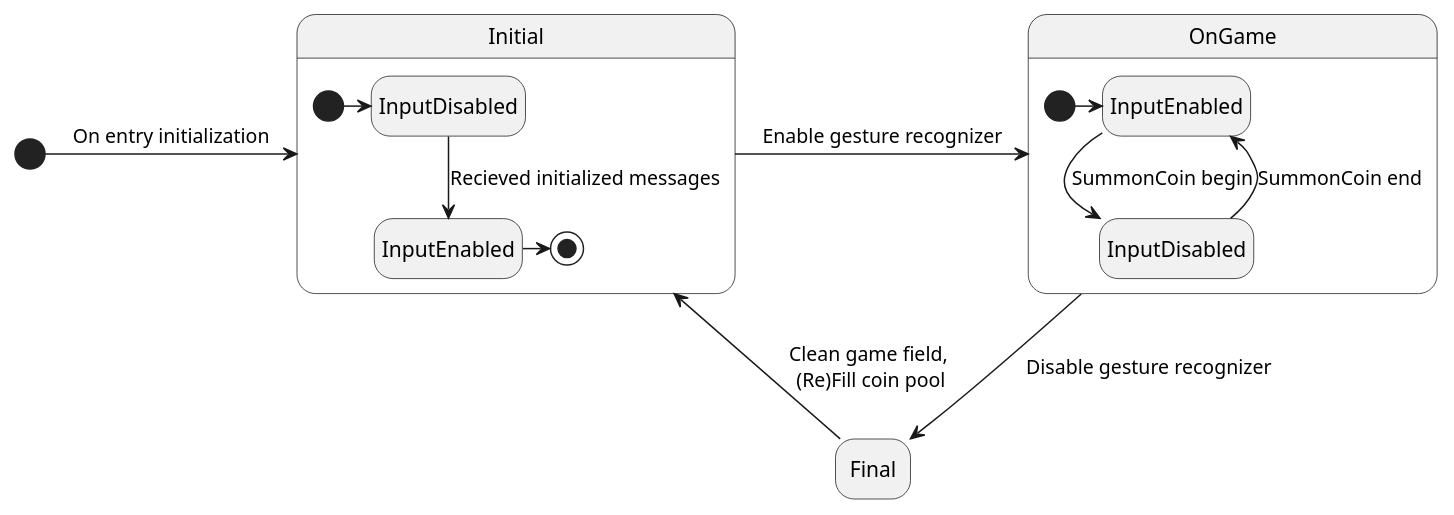
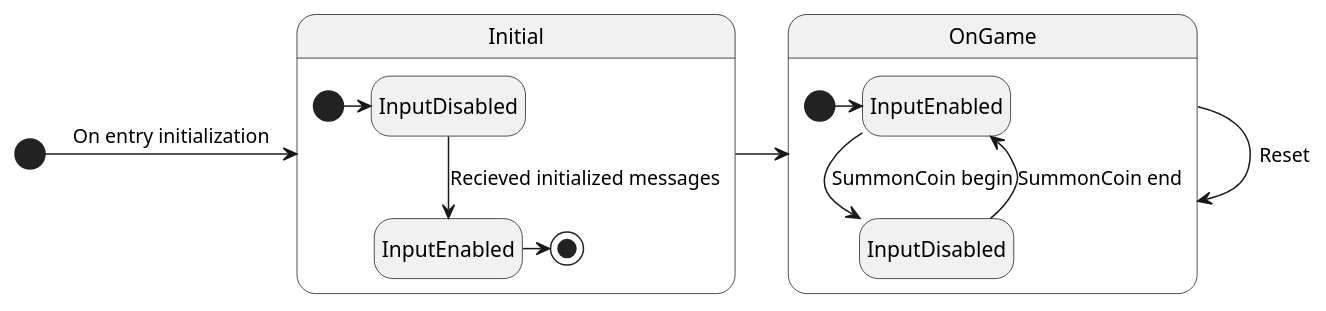
Before and after one commit to tatsuya19871219/MauiGomokuNarabeGame: the third of 3 diagrams in uml/GomokuNarabe.puml, drawn with PlantUML. The commit also changed other lines of this file, not shown here.

```diff
--- a/uml/GomokuNarabe.puml
+++ b/uml/GomokuNarabe.puml
@@ -122,31 +127,25 @@
 @startuml AppState
 
 hide empty description
 
 state Initial {
     state "InputDisabled" as Initial.InputDisabled
     state "InputEnabled" as Initial.InputEnabled
     [*] -> Initial.InputDisabled
     Initial.InputDisabled --> Initial.InputEnabled : Recieved initialized messages 
     Initial.InputEnabled -> [*]
 }
 
 state OnGame {
     state "InputDisabled" as OnGame.InputDisabled
     state "InputEnabled" as OnGame.InputEnabled
     [*] -> OnGame.InputEnabled
     OnGame.InputEnabled --> OnGame.InputDisabled : SummonCoin begin
     OnGame.InputDisabled --> OnGame.InputEnabled : SummonCoin end
 }
 
-' state Final {
-'     state "InputDisabled" as Final.InputDisabled
-'     state "InputEnabled" as Final.InputEnabled
-' }
-
 [*] -> Initial : On entry initialization
-Initial -> OnGame : Enable gesture recognizer
-OnGame --> Final : Disable gesture recognizer
-Final --> Initial : Clean game field, \n(Re)Fill coin pool
+Initial -> OnGame
+OnGame -> OnGame : Reset
 
 @enduml
```
